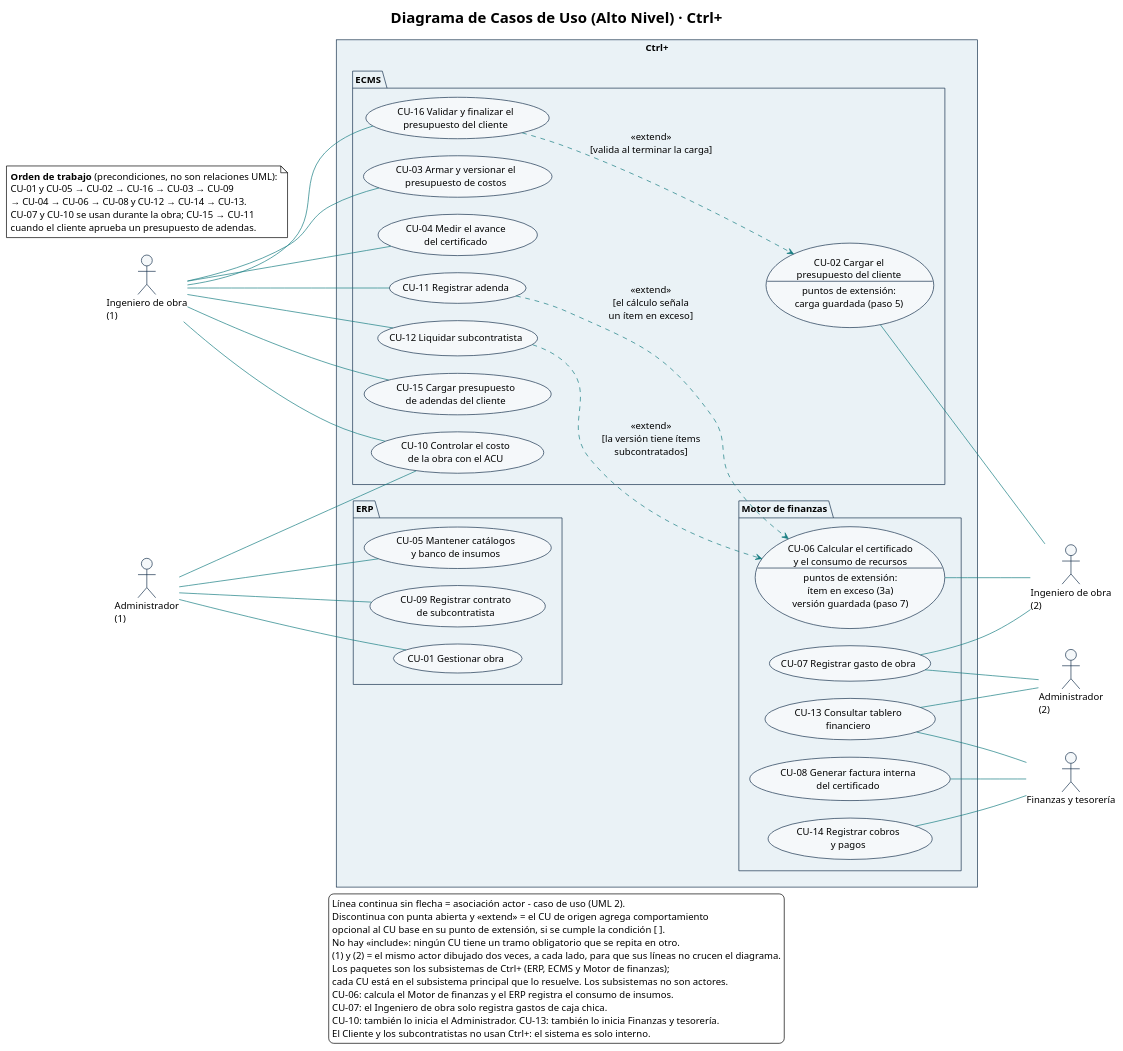
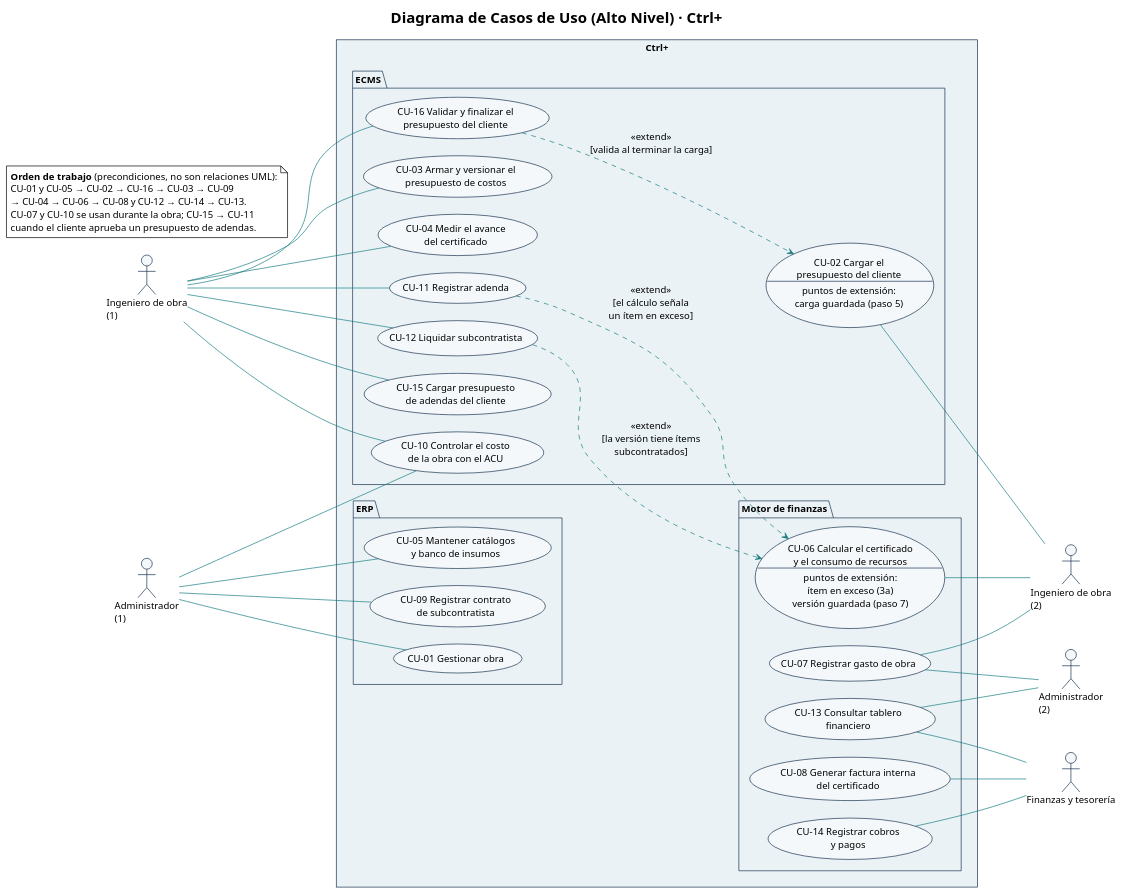
One commit to Ssrrb/tpf-uca changed the diagram in diagramas/CU-00-casos-de-uso-alto-nivel.puml. Above: the diagram before and after it, drawn with PlantUML.

Commit message:
Quita la leyenda del diagrama de alto nivel
La explicación de los actores (1) y (2) pasa al texto del documento.

Claude-Session: https://claude.ai/code/session_01SsyG3wCMXzRw729TatmkYY

```diff
--- a/diagramas/CU-00-casos-de-uso-alto-nivel.puml
+++ b/diagramas/CU-00-casos-de-uso-alto-nivel.puml
@@ -1,113 +1,100 @@
 @startuml
 !theme plain
 skinparam style strictuml
 title Diagrama de Casos de Uso (Alto Nivel) · Ctrl+
 skinparam shadowing false
 skinparam defaultFontName Arial
 skinparam defaultFontSize 14
 skinparam ArrowColor #167C80
 skinparam actor {
   BackgroundColor #F5F8FA
   BorderColor #17324D
 }
 skinparam usecase {
   BackgroundColor #F5F8FA
   BorderColor #17324D
 }
 skinparam rectangle {
   BackgroundColor #FFFFFF
   BorderColor #17324D
 }
 skinparam package {
   BackgroundColor #EAF2F6
   BorderColor #17324D
 }
 left to right direction
 skinparam nodesep 25
 skinparam ranksep 110
 
 actor "Ingeniero de obra\n(1)" as ING
 actor "Administrador\n(1)" as ADM
 actor "Ingeniero de obra\n(2)" as ING2
 actor "Administrador\n(2)" as ADM2
 actor "Finanzas y tesorería" as FIN
 
 rectangle "Ctrl+" {
   package "ERP" {
     usecase "CU-01 Gestionar obra" as CU01
     usecase "CU-05 Mantener catálogos\ny banco de insumos" as CU05
     usecase "CU-09 Registrar contrato\nde subcontratista" as CU09
   }
   package "ECMS" {
     usecase "CU-02 Cargar el\npresupuesto del cliente\n--\npuntos de extensión:\ncarga guardada (paso 5)" as CU02
     usecase "CU-16 Validar y finalizar el\npresupuesto del cliente" as CU16
     usecase "CU-03 Armar y versionar el\npresupuesto de costos" as CU03
     usecase "CU-04 Medir el avance\ndel certificado" as CU04
     usecase "CU-10 Controlar el costo\nde la obra con el ACU" as CU10
     usecase "CU-11 Registrar adenda" as CU11
     usecase "CU-12 Liquidar subcontratista" as CU12
     usecase "CU-15 Cargar presupuesto\nde adendas del cliente" as CU15
   }
   package "Motor de finanzas" {
     usecase "CU-06 Calcular el certificado\ny el consumo de recursos\n--\npuntos de extensión:\nítem en exceso (3a)\nversión guardada (paso 7)" as CU06
     usecase "CU-07 Registrar gasto de obra" as CU07
     usecase "CU-08 Generar factura interna\ndel certificado" as CU08
     usecase "CU-13 Consultar tablero\nfinanciero" as CU13
     usecase "CU-14 Registrar cobros\ny pagos" as CU14
   }
 }
 
 ' Relaciones entre casos de uso (UML 2: del que extiende al caso base)
 CU16 ..> CU02 : <<extend>>\n[valida al terminar la carga]
 CU11 ..> CU06 : <<extend>>\n[el cálculo señala\nun ítem en exceso]
 CU12 ..> CU06 : <<extend>>\n[la versión tiene ítems\nsubcontratados]
 
 ' Los actores (1) quedan a la izquierda y los (2) a la derecha,
 ' junto a los CU que usan, para que ninguna asociación cruce el diagrama.
 ' Ingeniero de obra (1): CU del ECMS que quedan a la izquierda
 ING -- CU16
 ING -- CU15
 ING -- CU11
 ING -- CU04
 ING -- CU12
 ING -- CU03
 ING -- CU10
 
 ' Administrador (1): ERP y control de costos
 ADM -- CU10
 ADM -- CU01
 ADM -- CU05
 ADM -- CU09
 
 ' Ingeniero de obra (2), Administrador (2) y Finanzas y tesorería: a la derecha
 CU02 -- ING2
 CU06 -- ING2
 CU07 -- ING2
 CU07 -- ADM2
 CU13 -- ADM2
 CU13 -- FIN
 CU08 -- FIN
 CU14 -- FIN
 
 note as ORDEN
   <b>Orden de trabajo</b> (precondiciones, no son relaciones UML):
   CU-01 y CU-05 → CU-02 → CU-16 → CU-03 → CU-09
   → CU-04 → CU-06 → CU-08 y CU-12 → CU-14 → CU-13.
   CU-07 y CU-10 se usan durante la obra; CU-15 → CU-11
   cuando el cliente aprueba un presupuesto de adendas.
 end note
 
-legend bottom
-  Línea continua sin flecha = asociación actor - caso de uso (UML 2).
-  Discontinua con punta abierta y «extend» = el CU de origen agrega comportamiento
-  opcional al CU base en su punto de extensión, si se cumple la condición [ ].
-  No hay «include»: ningún CU tiene un tramo obligatorio que se repita en otro.
-  (1) y (2) = el mismo actor dibujado dos veces, a cada lado, para que sus líneas no crucen el diagrama.
-  Los paquetes son los subsistemas de Ctrl+ (ERP, ECMS y Motor de finanzas);
-  cada CU está en el subsistema principal que lo resuelve. Los subsistemas no son actores.
-  CU-06: calcula el Motor de finanzas y el ERP registra el consumo de insumos.
-  CU-07: el Ingeniero de obra solo registra gastos de caja chica.
-  CU-10: también lo inicia el Administrador. CU-13: también lo inicia Finanzas y tesorería.
-  El Cliente y los subcontratistas no usan Ctrl+: el sistema es solo interno.
-endlegend
 @enduml
```
